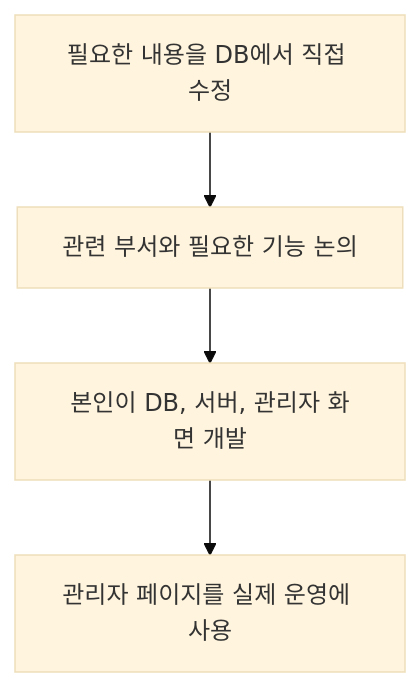
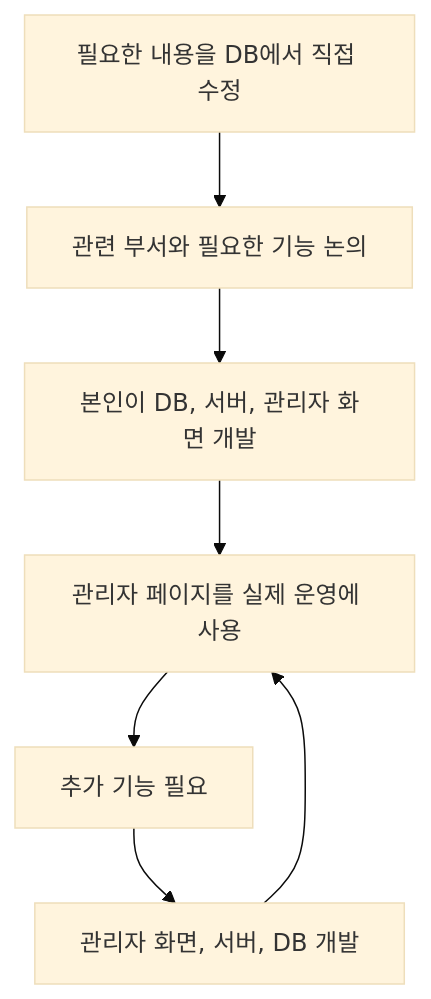
One commit to KimHG1995/work-history changed the diagram in projects/platform-operations/initial-admin.md. Above: the diagram before and after it, drawn with Mermaid (base theme). The commit also changed other lines of this file and 4 other files, not shown here.

````diff
--- a/projects/platform-operations/initial-admin.md
+++ b/projects/platform-operations/initial-admin.md
@@ -33,6 +33,9 @@
 ```mermaid
 flowchart TD
     manual["필요한 내용을 DB에서 직접 수정"] --> discuss["관련 부서와 필요한 기능 논의"]
     discuss --> develop["본인이 DB, 서버, 관리자 화면 개발"]
     develop --> operation["관리자 페이지를 실제 운영에 사용"]
+    operation --> request["추가 기능 필요"]
+    request --> add["관리자 화면, 서버, DB 개발"]
+    add --> operation
 ```
````
